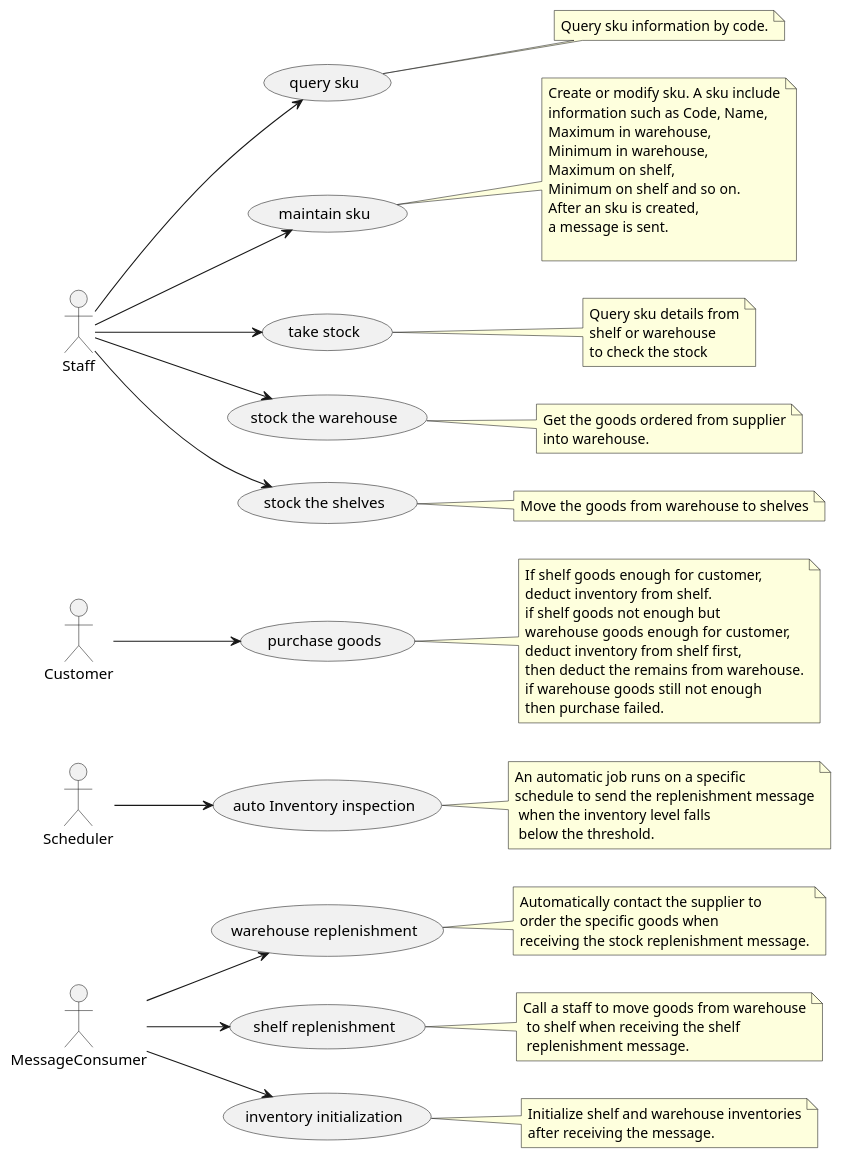
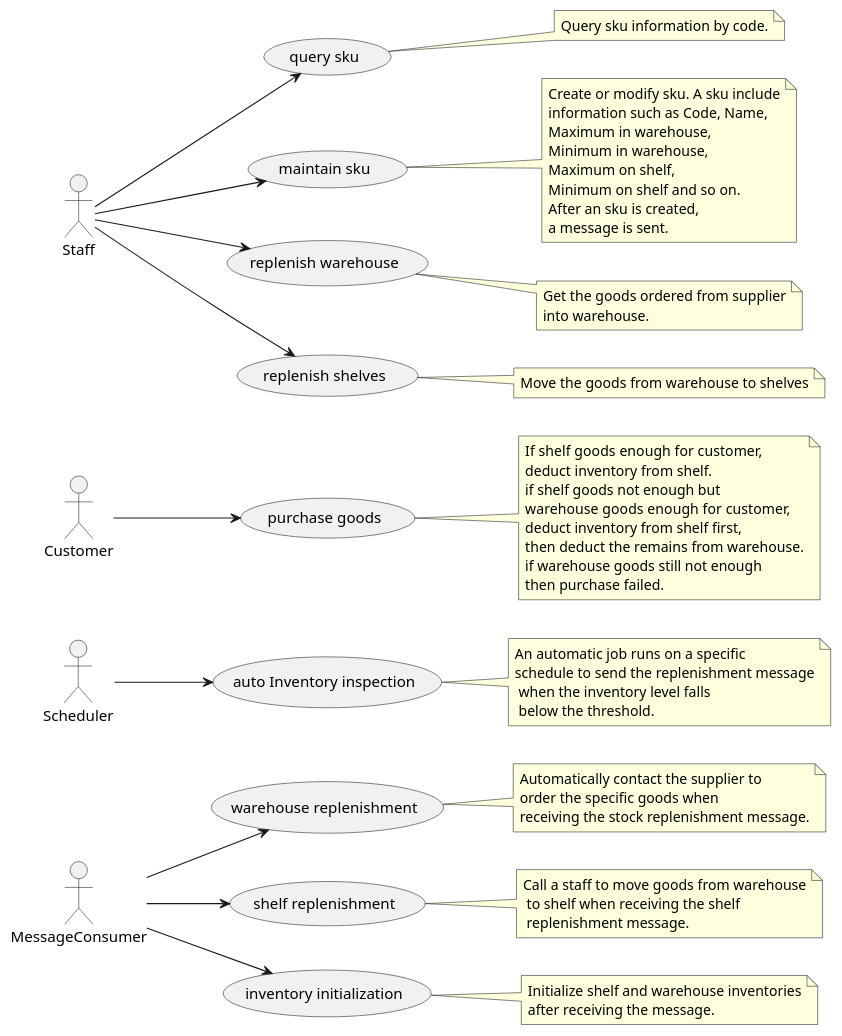
Before and after one commit to Jeromefromcn/JavaFinalProject8020: the diagram in uml/1. use case.puml, drawn with PlantUML. The commit also changed 6 other files, not shown here.

```diff
--- a/uml/1. use case.puml
+++ b/uml/1. use case.puml
@@ -1,98 +1,97 @@
 @startuml
 left to right direction
 
 actor "MessageConsumer" as mc
 actor "Scheduler" as sch
 actor "Customer" as cus
 actor "Staff" as sta
 
 (query sku) as query
     note right of query
     Query sku information by code.
     end note
 (maintain sku) as maintain
     note right of maintain
     Create or modify sku. A sku include
     information such as Code, Name,
     Maximum in warehouse,
     Minimum in warehouse,
     Maximum on shelf,
     Minimum on shelf and so on.
     After an sku is created,
     a message is sent.
-
     end note
-(take stock) as tast
-    note right of tast
-    Query sku details from
-    shelf or warehouse
-    to check the stock
-    end note
-(stock the warehouse) as sw
+'(take stock) as tast
+'    note right of tast
+'    Query sku details from
+'    shelf or warehouse
+'    to check the stock
+'    end note
+(replenish warehouse) as sw
     note right of sw
     Get the goods ordered from supplier
     into warehouse.
     end note
-(stock the shelves) as sts
+(replenish shelves) as sts
     note right of sts
     Move the goods from warehouse to shelves
     end note
 
 sta --> query
 sta --> maintain
-sta --> tast
+'sta --> tast
 sta --> sw
 sta --> sts
 
 (purchase goods) as buy
     note right of buy
     If shelf goods enough for customer,
     deduct inventory from shelf.
     if shelf goods not enough but
     warehouse goods enough for customer,
     deduct inventory from shelf first,
     then deduct the remains from warehouse.
     if warehouse goods still not enough
     then purchase failed.
     end note
 '(refund goods) as refund
 '    note right of refund
 '    Refunded goods directly add back
 '    to warehouse.
 '    end note
 
 cus --> buy
 'cus --> refund
 
 (auto Inventory inspection) as auin
     note right of auin
     An automatic job runs on a specific
     schedule to send the replenishment message
      when the inventory level falls
      below the threshold.
     end note
 
 sch --> auin
 
 (warehouse replenishment) as stre
     note right of stre
     Automatically contact the supplier to
     order the specific goods when
     receiving the stock replenishment message.
     end note
 (shelf replenishment) as shre
     note right of shre
     Call a staff to move goods from warehouse
      to shelf when receiving the shelf
      replenishment message.
     end note
 (inventory initialization) as ii
     note right of ii
     Initialize shelf and warehouse inventories
     after receiving the message.
     end note
 
 mc --> stre
 mc --> shre
 mc --> ii
 @enduml
```
